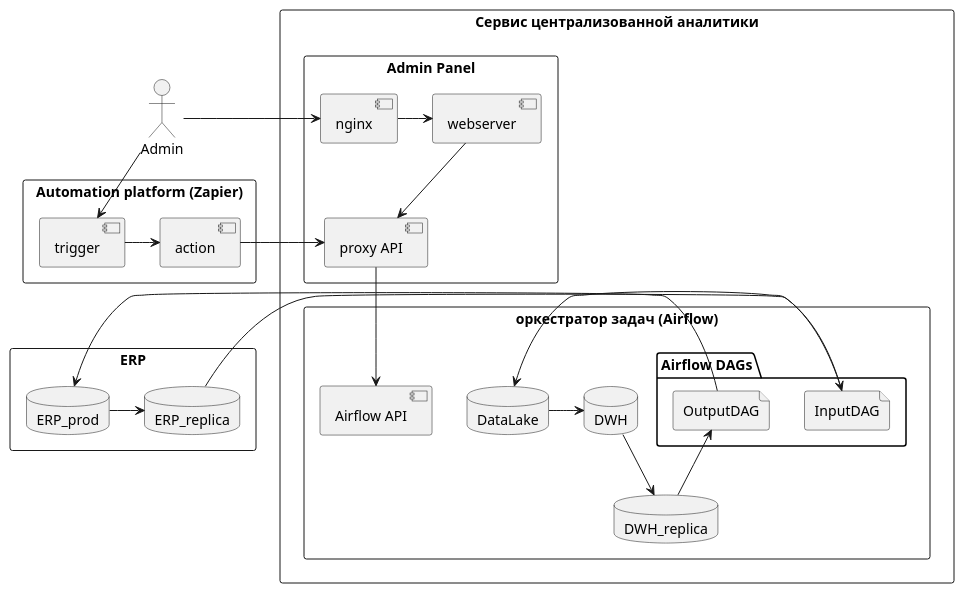
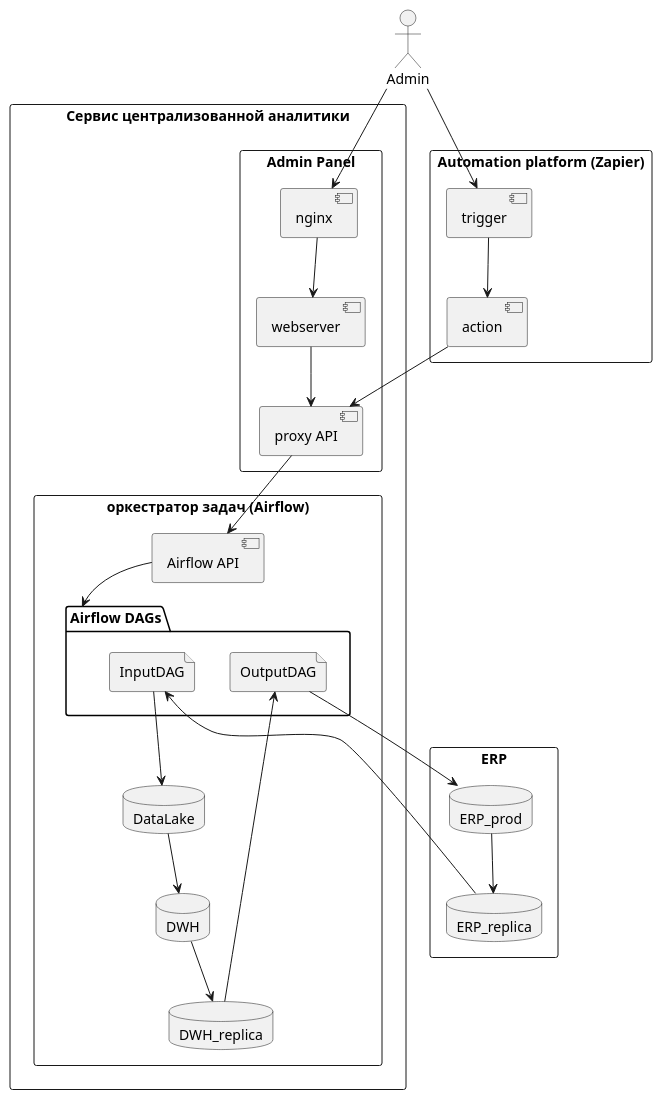
The diagram in diagrams/architecture.puml (etlteam/docs), drawn with PlantUML before and after one commit.

```diff
--- a/diagrams/architecture.puml
+++ b/diagrams/architecture.puml
@@ -1,56 +1,57 @@
 @startuml
 actor Admin
 
 rectangle ERP {
 	database ERP_prod
 	database ERP_replica
-	ERP_prod -> ERP_replica
+	ERP_prod --> ERP_replica
 }
 
 rectangle "Сервис централизованной аналитики"  {
 
 	rectangle "Admin Panel" as AP {
 		[nginx]
 		[webserver]
 		[proxy API] as API
 
-		Admin -> nginx
-		nginx -> webserver
+		Admin --> nginx
+		nginx --> webserver
 		webserver --> API
 	}
 
 	rectangle "оркестратор задач (Airflow)" as ETL {
 		folder "Airflow DAGs" as dag {
 			file InputDAG
 			file OutputDAG
 		}
 		[Airflow API] as airflow
 		API --> airflow
+                airflow --> dag
 
 
 		database DataLake
 		database DWH
 		database DWH_replica
 
-		ERP_replica -> InputDAG
-		InputDAG -> DataLake
-		DataLake -> DWH
+		ERP_replica --> InputDAG
+		InputDAG --> DataLake
+		DataLake --> DWH
 
 		DWH --> DWH_replica
-		DWH_replica -> OutputDAG
-		OutputDAG -> ERP_prod
+		DWH_replica --> OutputDAG
+		OutputDAG --> ERP_prod
 	}
 }
 
 
 
 rectangle "Automation platform (Zapier)" {
 	[trigger]
 	[action]
-	trigger -> action
+	trigger --> action
 }
-Admin -> trigger
-action -> API
+Admin --> trigger
+action --> API
 
 
 @enduml
```
